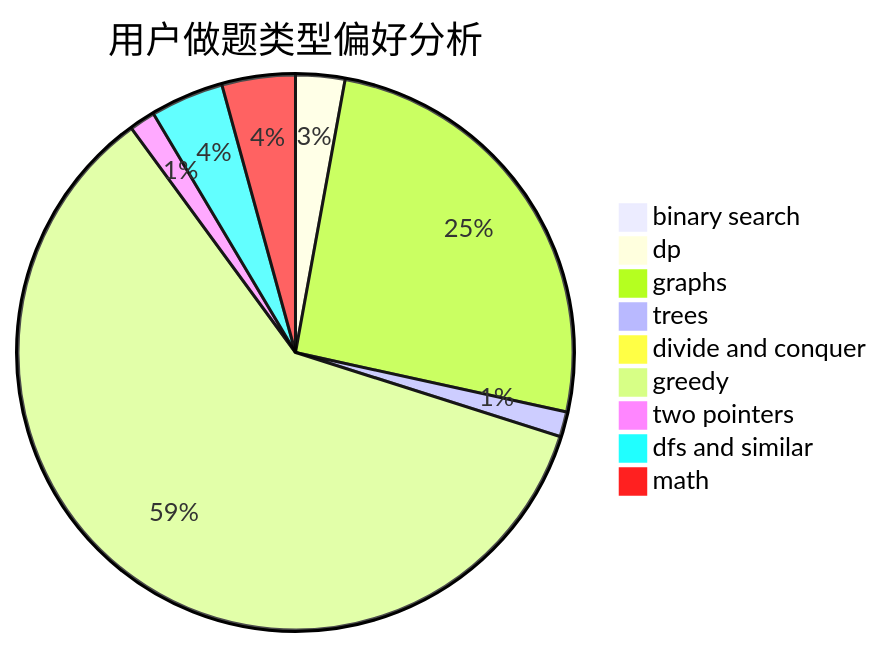
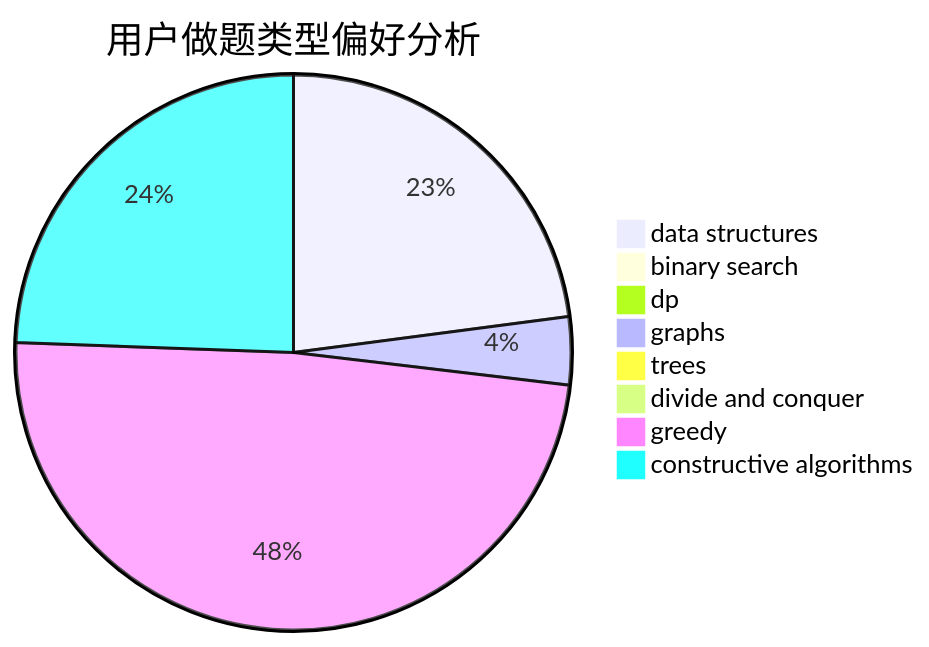
One commit to sherpahu/cfrs.github.io changed the second of 3 diagrams in docs/user/u926.md. Above: the diagram before and after it, drawn with Mermaid. The commit also changed other lines of this file and 2775 other files, not shown here.

````diff
--- a/docs/user/u926.md
+++ b/docs/user/u926.md
@@ -23,12 +23,11 @@
 ```mermaid
 pie title 用户做题类型偏好分析
-    "binary search" :  19
-    "dp" :  55
-    "graphs" :  491
-    "trees" :  28
-    "divide and conquer" :  12
-    "greedy" :  1153
-    "two pointers" :  29
-    "dfs and similar" :  82
-    "math" :  82
+    "data structures" :  290
+    "binary search" :  2
+    "dp" :  5
+    "graphs" :  50
+    "trees" :  5
+    "divide and conquer" :  0
+    "greedy" :  616
+    "constructive algorithms" :  309
 ```
````
